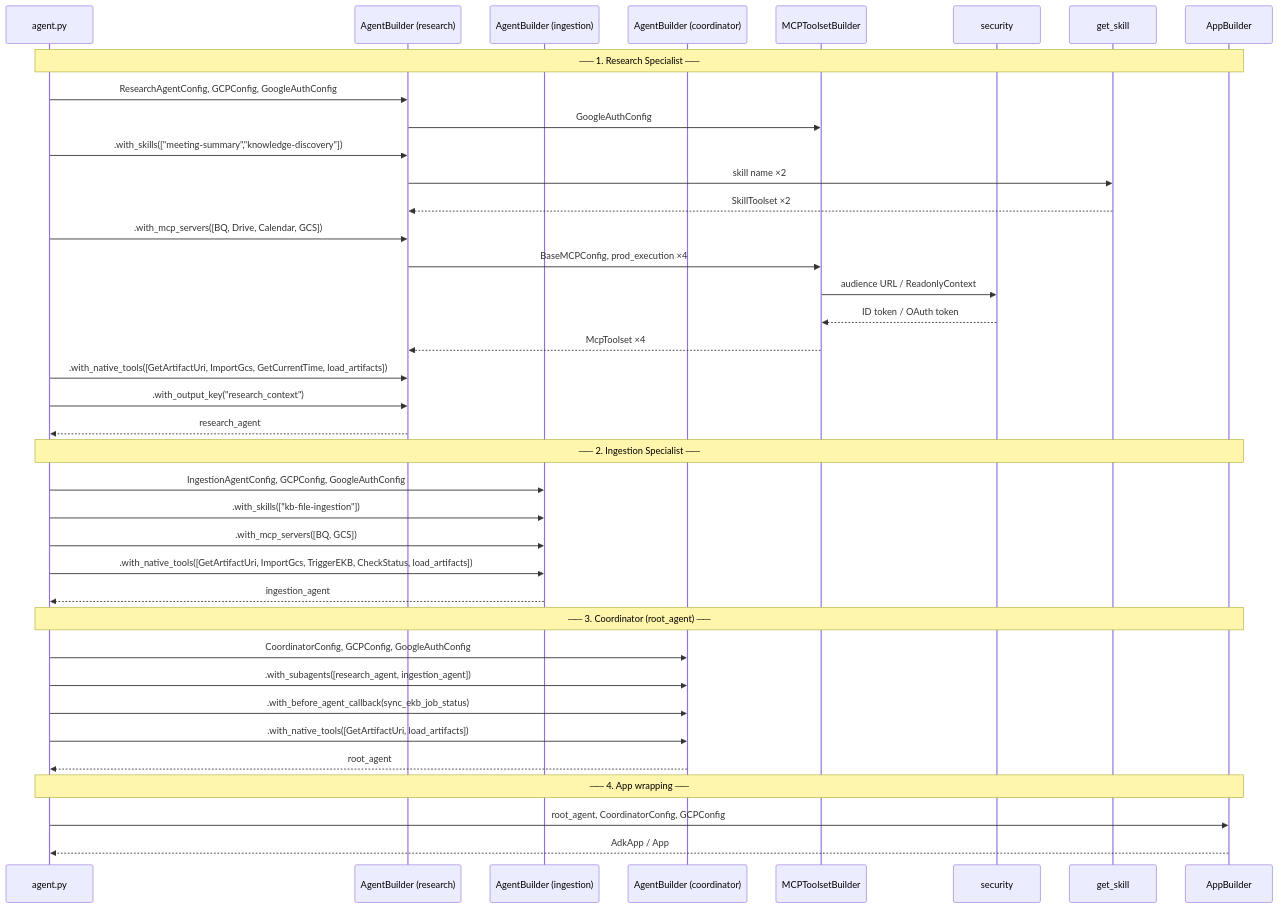
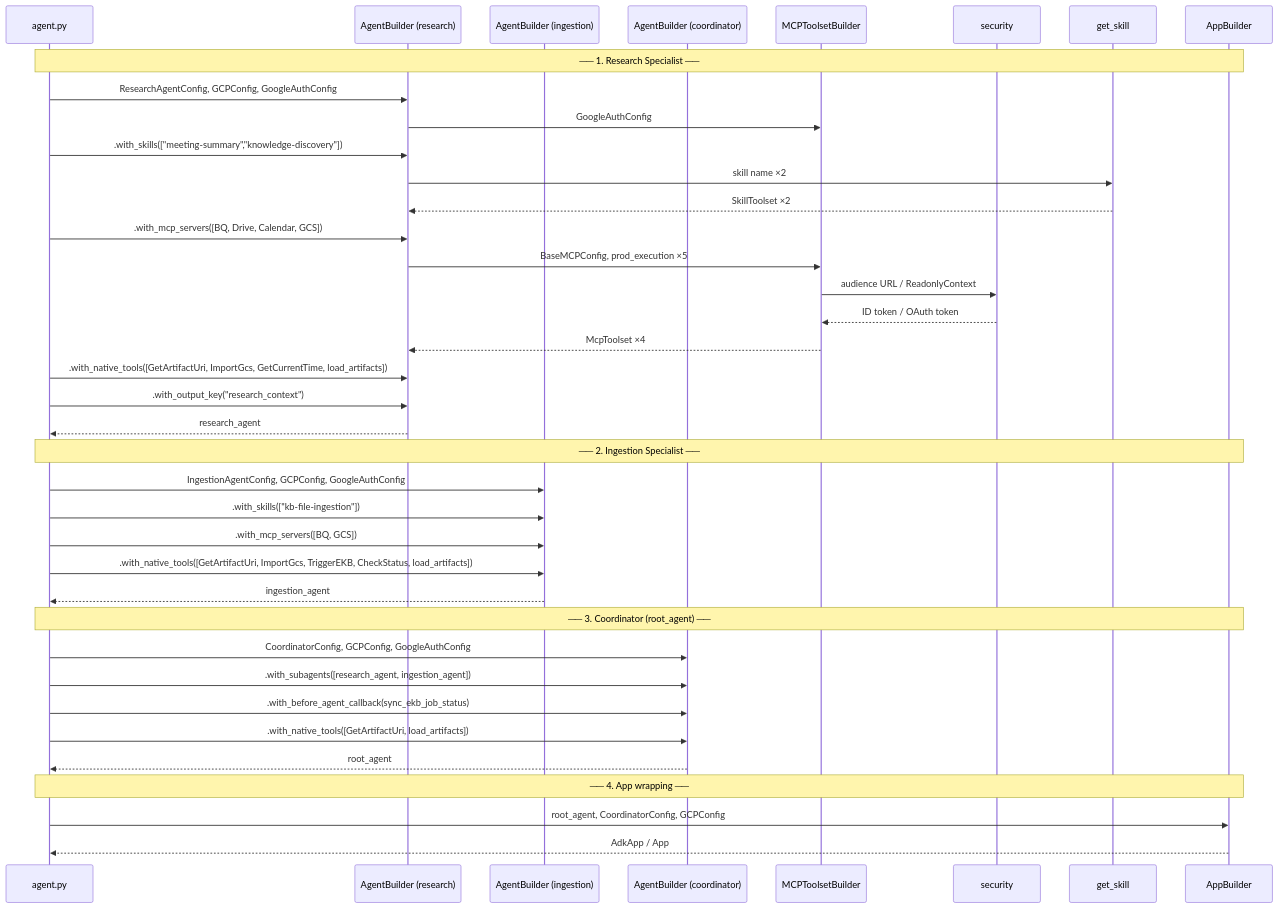
Before and after one commit to eamadorm-endava/Research-Agent: the diagram in agent/core_agent/README.md, drawn with Mermaid. The commit also changed other lines of this file and 23 other files, not shown here.

````diff
--- a/agent/core_agent/README.md
+++ b/agent/core_agent/README.md
@@ -78,44 +78,44 @@
 ```mermaid
 sequenceDiagram
     participant ap as agent.py
     participant rb as AgentBuilder (research)
     participant ib as AgentBuilder (ingestion)
     participant cb as AgentBuilder (coordinator)
     participant mcp as MCPToolsetBuilder
     participant sec as security
     participant sf as get_skill
     participant ab as AppBuilder
 
     Note over ap,ab: ── 1. Research Specialist ──
     ap->>rb: ResearchAgentConfig, GCPConfig, GoogleAuthConfig
     rb->>mcp: GoogleAuthConfig
     ap->>rb: .with_skills(["meeting-summary","knowledge-discovery"])
     rb->>sf: skill name ×2
     sf-->>rb: SkillToolset ×2
     ap->>rb: .with_mcp_servers([BQ, Drive, Calendar, GCS])
-    rb->>mcp: BaseMCPConfig, prod_execution ×4
+    rb->>mcp: BaseMCPConfig, prod_execution ×5
     mcp->>sec: audience URL / ReadonlyContext
     sec-->>mcp: ID token / OAuth token
     mcp-->>rb: McpToolset ×4
     ap->>rb: .with_native_tools([GetArtifactUri, ImportGcs, GetCurrentTime, load_artifacts])
     ap->>rb: .with_output_key("research_context")
     rb-->>ap: research_agent
 
     Note over ap,ab: ── 2. Ingestion Specialist ──
     ap->>ib: IngestionAgentConfig, GCPConfig, GoogleAuthConfig
     ap->>ib: .with_skills(["kb-file-ingestion"])
     ap->>ib: .with_mcp_servers([BQ, GCS])
     ap->>ib: .with_native_tools([GetArtifactUri, ImportGcs, TriggerEKB, CheckStatus, load_artifacts])
     ib-->>ap: ingestion_agent
 
     Note over ap,ab: ── 3. Coordinator (root_agent) ──
     ap->>cb: CoordinatorConfig, GCPConfig, GoogleAuthConfig
     ap->>cb: .with_subagents([research_agent, ingestion_agent])
     ap->>cb: .with_before_agent_callback(sync_ekb_job_status)
     ap->>cb: .with_native_tools([GetArtifactUri, load_artifacts])
     cb-->>ap: root_agent
 
     Note over ap,ab: ── 4. App wrapping ──
     ap->>ab: root_agent, CoordinatorConfig, GCPConfig
     ab-->>ap: AdkApp / App
 ```
````
